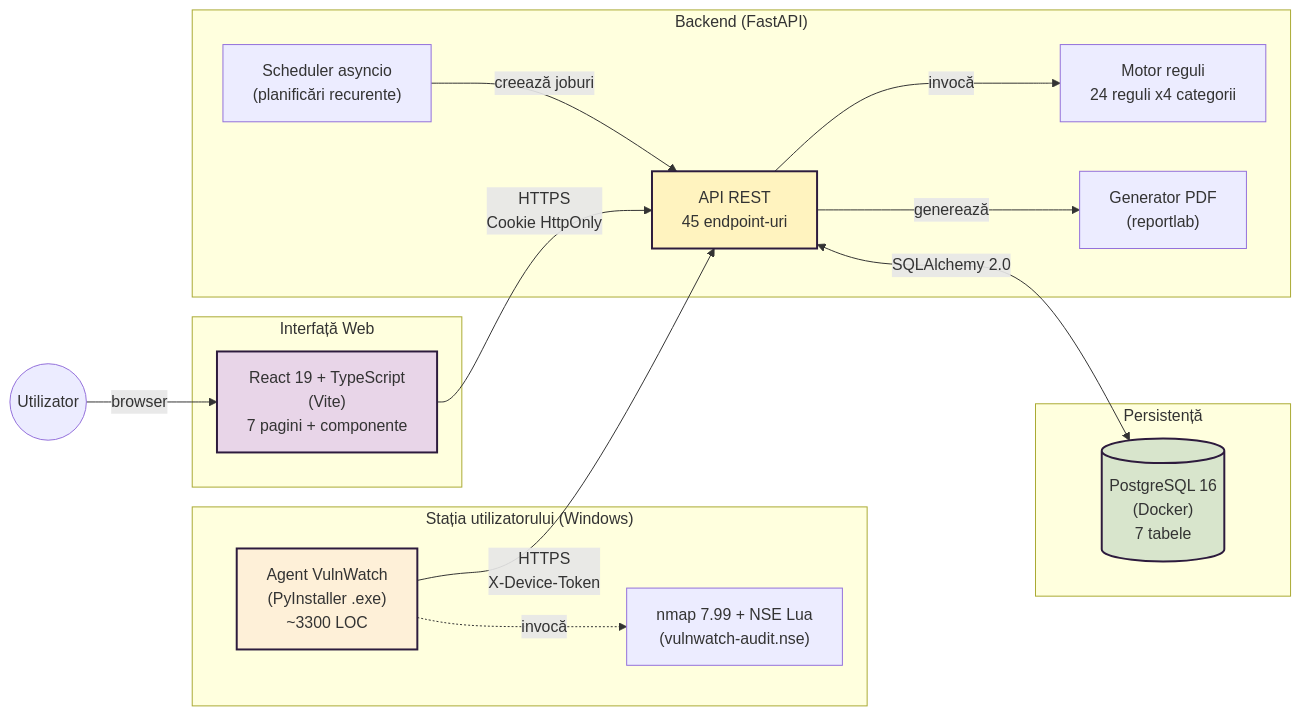
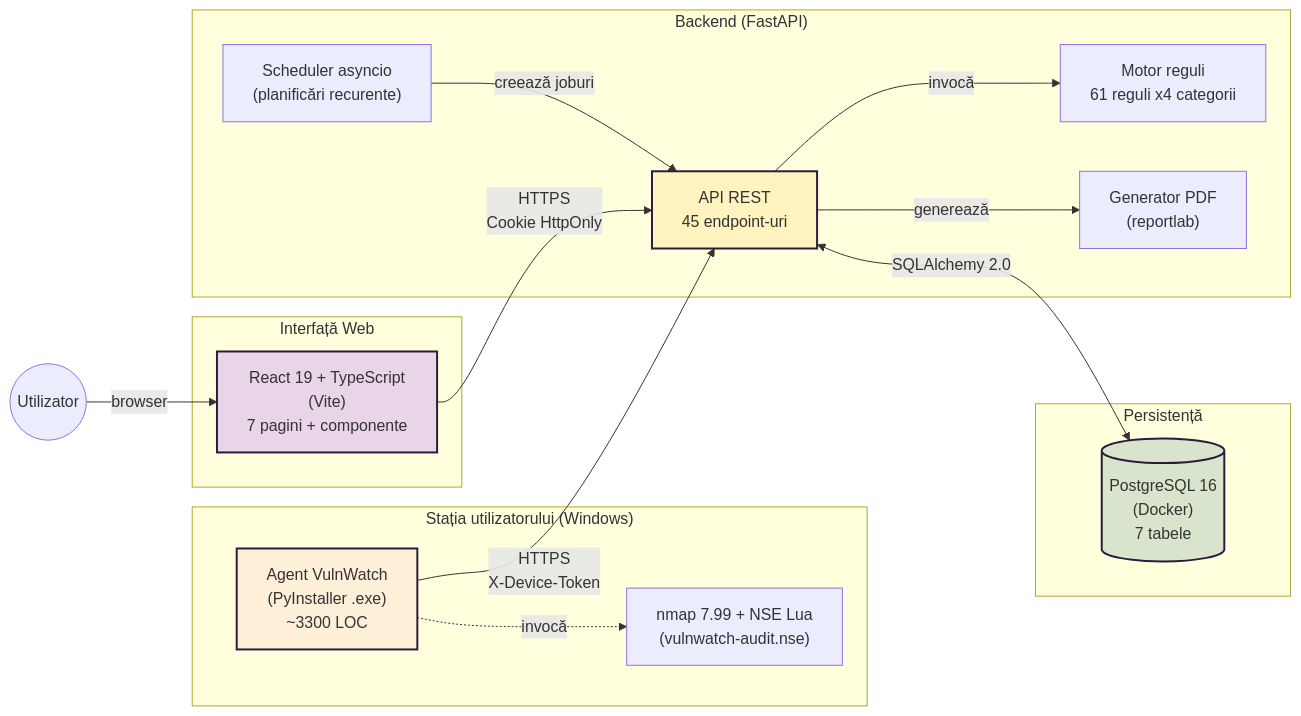
The first of 5 diagrams in docs/architecture.md (AndreiGiur/licenta-giurgiuveanu), drawn with Mermaid before and after one commit.

Commit message:
docs: numar reguli actualizat in diagrama de arhitectura (61)

````diff
--- a/docs/architecture.md
+++ b/docs/architecture.md
@@ -11,38 +11,38 @@
 ```mermaid
 graph LR
     subgraph Dispozitiv["Stația utilizatorului (Windows)"]
         Agent["Agent VulnWatch<br/>(PyInstaller .exe)<br/>~3300 LOC"]
         nmap["nmap 7.99 + NSE Lua<br/>(vulnwatch-audit.nse)"]
         Agent -.invocă.-> nmap
     end
 
     subgraph Server["Backend (FastAPI)"]
         API["API REST<br/>45 endpoint-uri"]
-        Rules["Motor reguli<br/>24 reguli x4 categorii"]
+        Rules["Motor reguli<br/>61 reguli x4 categorii"]
         PDF["Generator PDF<br/>(reportlab)"]
         Scheduler["Scheduler asyncio<br/>(planificări recurente)"]
         API -->|invocă| Rules
         API -->|generează| PDF
         Scheduler -->|creează joburi| API
     end
 
     subgraph Storage["Persistență"]
         DB[("PostgreSQL 16<br/>(Docker)<br/>7 tabele")]
     end
 
     subgraph Frontend["Interfață Web"]
         UI["React 19 + TypeScript<br/>(Vite)<br/>7 pagini + componente"]
     end
 
     User((Utilizator))
 
     Agent -->|HTTPS<br/>X-Device-Token| API
     UI -->|HTTPS<br/>Cookie HttpOnly| API
     User -->|browser| UI
     API <-->|SQLAlchemy 2.0| DB
 
     style Agent fill:#fef0d8,stroke:#2d1b3d,stroke-width:2px
     style API fill:#fff3bf,stroke:#2d1b3d,stroke-width:2px
     style UI fill:#e8d5e8,stroke:#2d1b3d,stroke-width:2px
     style DB fill:#d8e5cc,stroke:#2d1b3d,stroke-width:2px
 ```
````
